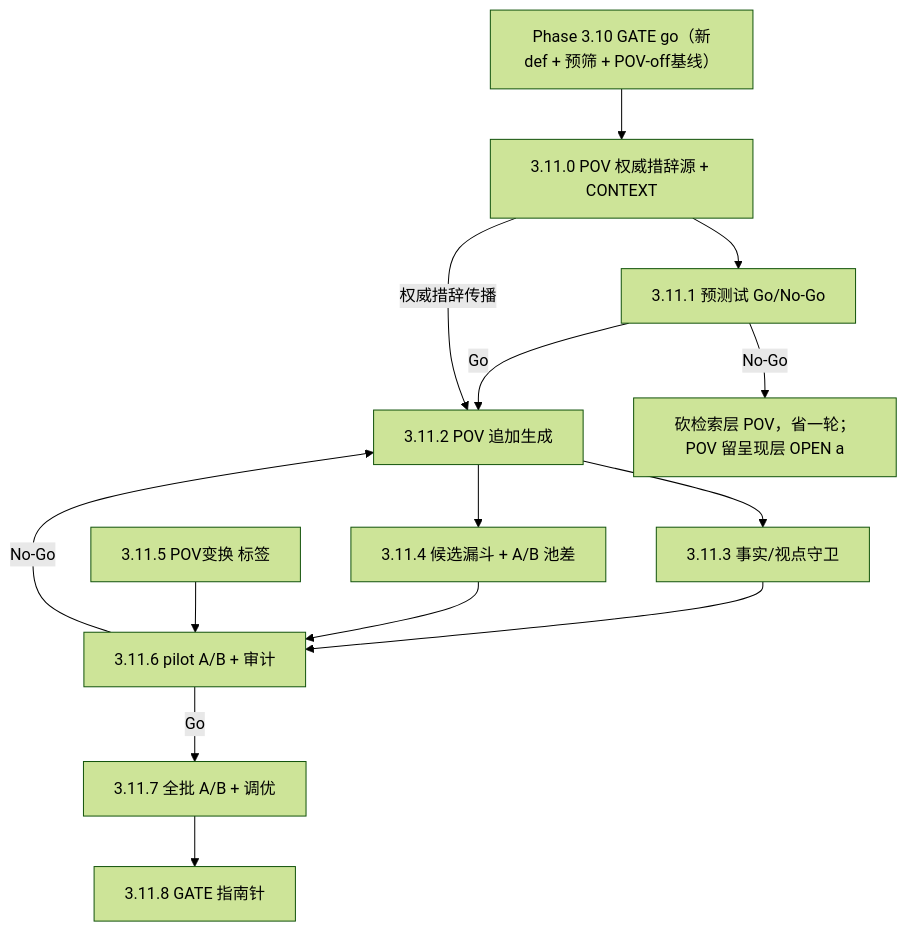
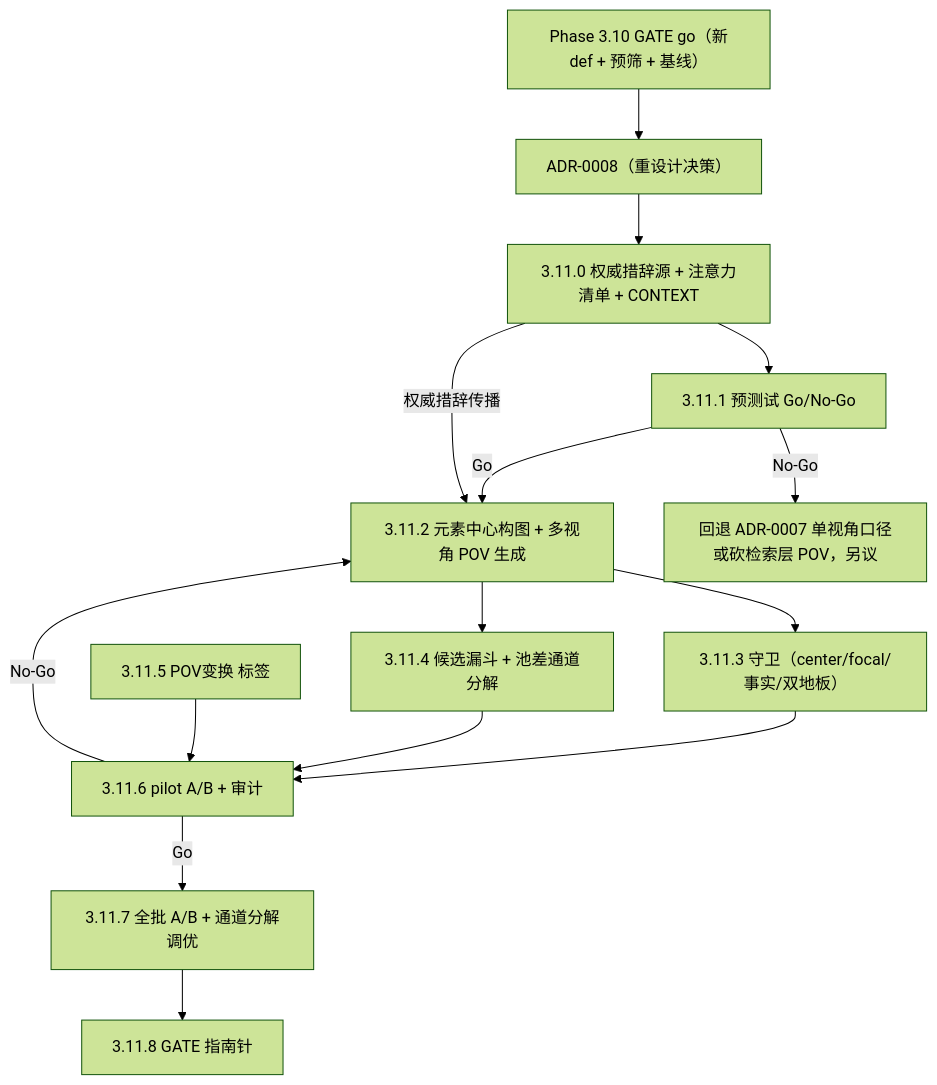
Before and after one commit to XYBuilds/themoviecosmos-daily-stargazing: the diagram in .cursor/plans/Phase3.11-pov-focalization-additive.plan.md, drawn with Mermaid (forest theme). The commit also changed other lines of this file and 2 other files, not shown here.

Commit message:
docs(adr): p3.11-adr0008-salience-element-composition-and-multi-vantage-pov-redesign

````diff
--- a/.cursor/plans/Phase3.11-pov-focalization-additive.plan.md
+++ b/.cursor/plans/Phase3.11-pov-focalization-additive.plan.md
@@ -54,24 +57,25 @@
 ```mermaid
 flowchart TD
-  P310["Phase 3.10 GATE go（新def + 预筛 + POV-off基线）"]
-  T0["3.11.0 POV 权威措辞源 + CONTEXT"]
+  P310["Phase 3.10 GATE go（新def + 预筛 + 基线）"]
+  ADR8["ADR-0008（重设计决策）"]
+  T0["3.11.0 权威措辞源 + 注意力清单 + CONTEXT"]
   T1["3.11.1 预测试 Go/No-Go"]
-  T2["3.11.2 POV 追加生成"]
-  T3["3.11.3 事实/视点守卫"]
-  T4["3.11.4 候选漏斗 + A/B 池差"]
+  T2["3.11.2 元素中心构图 + 多视角 POV 生成"]
+  T3["3.11.3 守卫（center/focal/事实/双地板）"]
+  T4["3.11.4 候选漏斗 + 池差通道分解"]
   T5["3.11.5 POV变换 标签"]
   T6["3.11.6 pilot A/B + 审计"]
-  T7["3.11.7 全批 A/B + 调优"]
+  T7["3.11.7 全批 A/B + 通道分解调优"]
   T8["3.11.8 GATE 指南针"]
-  P310 --> T0 --> T1
+  P310 --> ADR8 --> T0 --> T1
   T1 -->|Go| T2
-  T1 -->|No-Go| Stop["砍检索层 POV，省一轮；POV 留呈现层 OPEN a"]
+  T1 -->|No-Go| Stop["回退 ADR-0007 单视角口径或砍检索层 POV，另议"]
   T0 -->|权威措辞传播| T2
   T2 --> T3
   T2 --> T4
   T3 --> T6
   T4 --> T6
   T5 --> T6
   T6 -->|Go| T7 --> T8
   T6 -->|No-Go| T2
 ```
````
